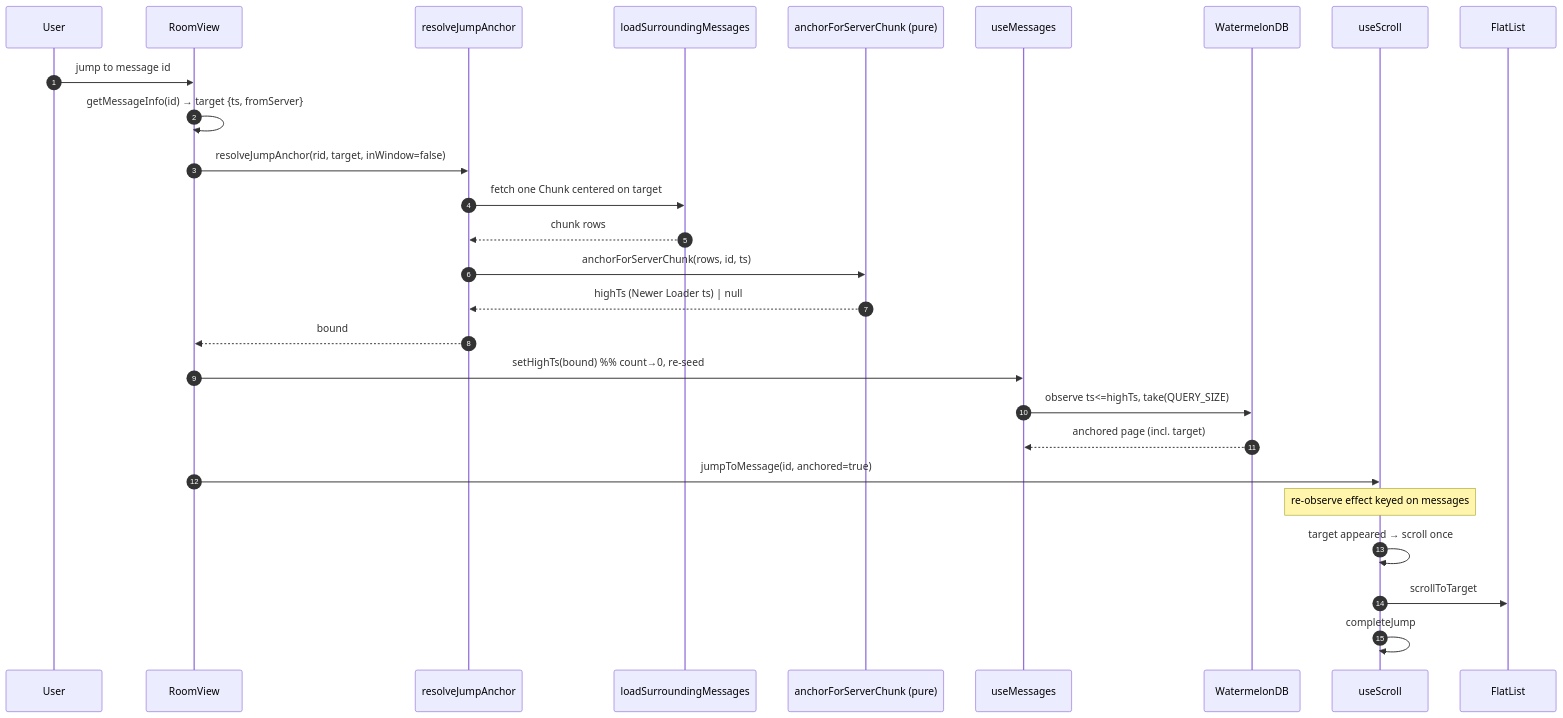
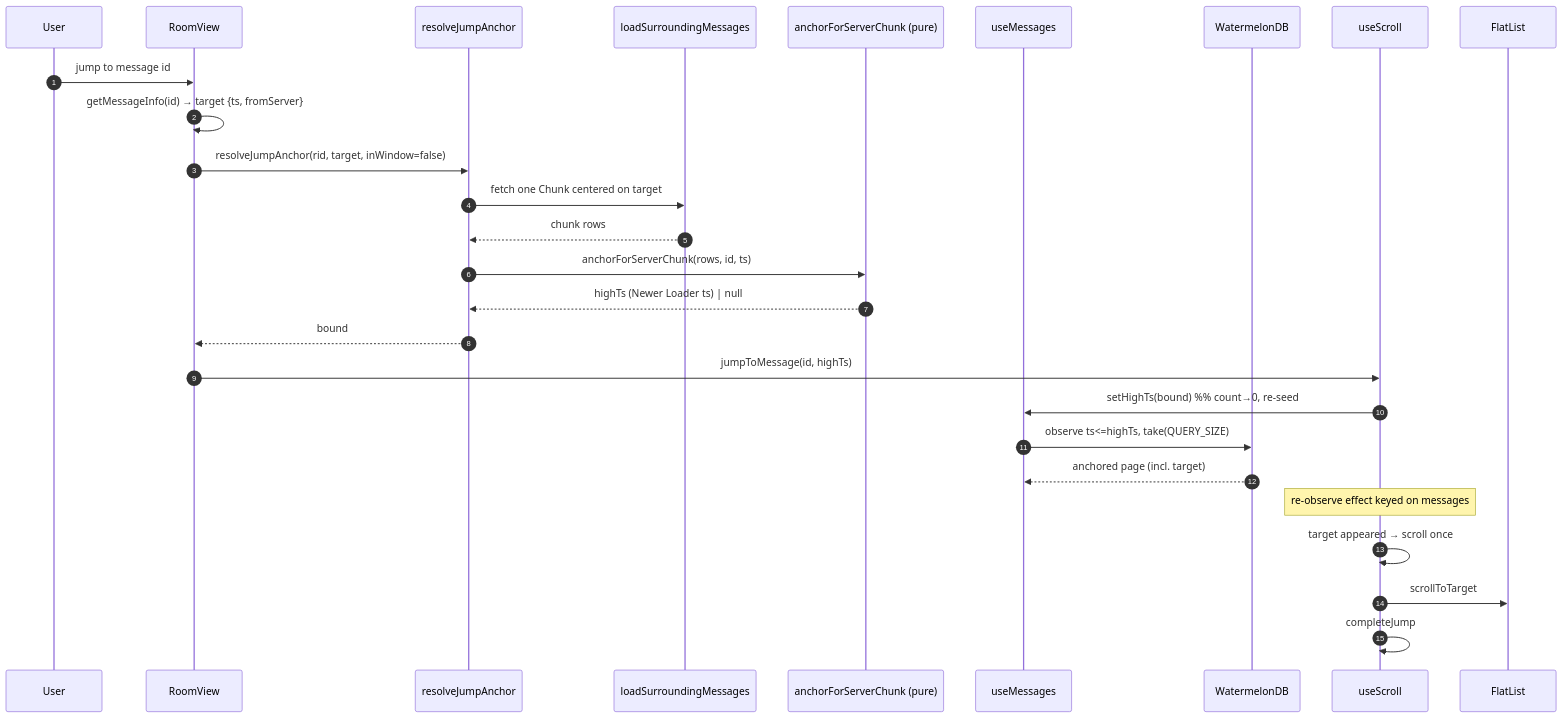
The second of 7 diagrams in app/views/RoomView/docs/FLOWS.md (RocketChat/Rocket.Chat.ReactNative), drawn with Mermaid before and after one commit. The commit also changed other lines of this file and 7 other files, not shown here.

````diff
--- a/app/views/RoomView/docs/FLOWS.md
+++ b/app/views/RoomView/docs/FLOWS.md
@@ -37,30 +37,30 @@
 ```mermaid
 sequenceDiagram
     autonumber
     participant User
     participant RV as RoomView
     participant Resolve as resolveJumpAnchor
     participant Server as loadSurroundingMessages
     participant AR as anchorForServerChunk (pure)
     participant Msgs as useMessages
     participant DB as WatermelonDB
     participant Scroll as useScroll
     participant FlatList
 
     User->>RV: jump to message id
     RV->>RV: getMessageInfo(id) → target {ts, fromServer}
     RV->>Resolve: resolveJumpAnchor(rid, target, inWindow=false)
     Resolve->>Server: fetch one Chunk centered on target
     Server-->>Resolve: chunk rows
     Resolve->>AR: anchorForServerChunk(rows, id, ts)
     AR-->>Resolve: highTs (Newer Loader ts) | null
     Resolve-->>RV: bound
-    RV->>Msgs: setHighTs(bound)  %% count→0, re-seed
+    RV->>Scroll: jumpToMessage(id, highTs)
+    Scroll->>Msgs: setHighTs(bound)  %% count→0, re-seed
     Msgs->>DB: observe ts<=highTs, take(QUERY_SIZE)
     DB-->>Msgs: anchored page (incl. target)
-    RV->>Scroll: jumpToMessage(id, anchored=true)
     Note over Scroll: re-observe effect keyed on messages
     Scroll->>Scroll: target appeared → scroll once
     Scroll->>FlatList: scrollToTarget
     Scroll->>Scroll: completeJump
 ```
````
